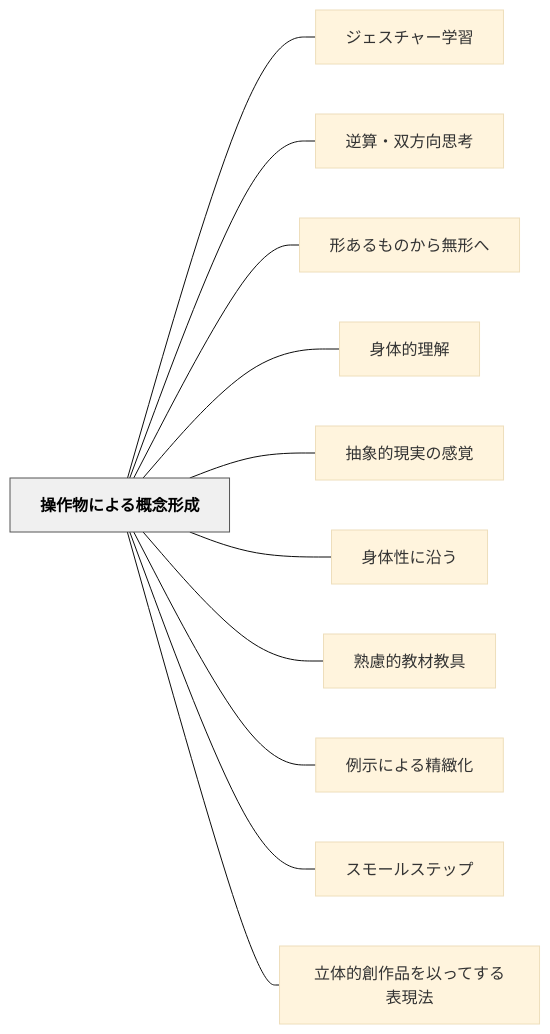
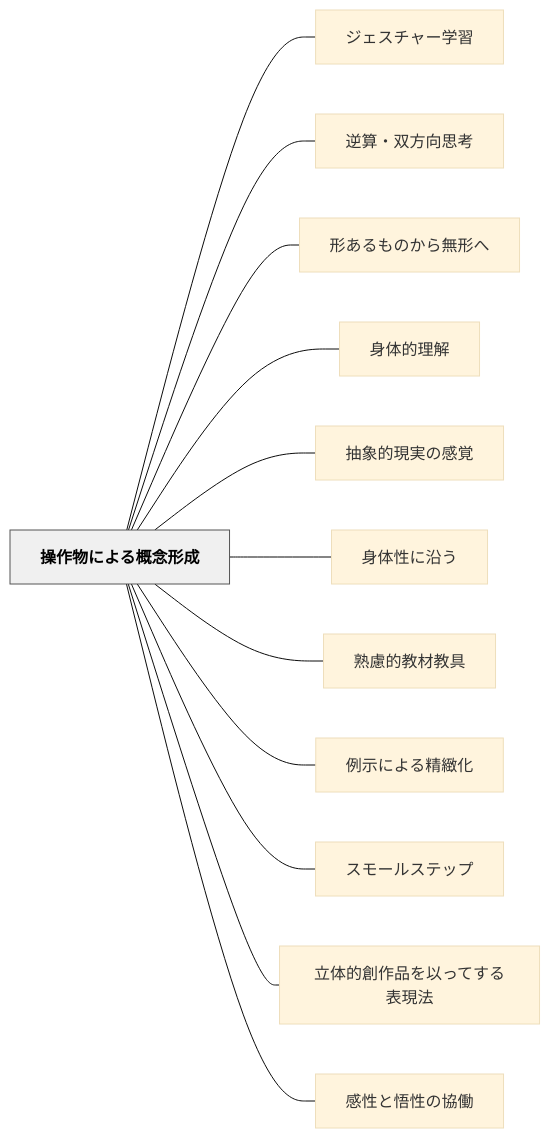
The diagram in content/パタン/操作物による概念形成.md (unknownthings-ed-patterns/unknownthings-ed-patterns), drawn with Mermaid (base theme) before and after one commit. The commit also changed other lines of this file and 5 other files, not shown here.

````diff
--- a/content/パタン/操作物による概念形成.md
+++ b/content/パタン/操作物による概念形成.md
@@ -51,28 +51,30 @@
 ```mermaid
 flowchart LR
     ne6938de4bd9ce789a9e381abe38288e3828be6a682e5bfb5e5bda2e68890["操作物による概念形成"]
     ne382b8e382a7e382b9e38381e383a3e383bce5ada6e7bf92["ジェスチャー学習"]
     ne98086e7ae97e383bbe58f8ce696b9e59091e6809de88083["逆算・双方向思考"]
     ne5bda2e38182e3828be38282e381aee3818be38289e784a1e5bda2e381b8["形あるものから無形へ"]
     ne8baabe4bd93e79a84e79086e8a7a3["身体的理解"]
     ne68abde8b1a1e79a84e78fbee5ae9fe381aee6849fe8a69a["抽象的現実の感覚"]
     ne8baabe4bd93e680a7e381abe6b2bfe38186["身体性に沿う"]
     ne7869fe685aee79a84e69599e69d90e69599e585b7["熟慮的教材教具"]
     ne4be8be7a4bae381abe38288e3828be7b2bee7b7bbe58c96["例示による精緻化"]
     ne382b9e383a2e383bce383abe382b9e38386e38383e38397["スモールステップ"]
     ne7ab8be4bd93e79a84e589b5e4bd9ce59381e38292e4bba5e381a3e381a6e38199e3828be8a1a8e78fbee6b395["立体的創作品を以ってする表現法"]
+    ne6849fe680a7e381a8e6829fe680a7e381aee58d94e5838d["感性と悟性の協働"]
 
     ne6938de4bd9ce789a9e381abe38288e3828be6a682e5bfb5e5bda2e68890 --- ne382b8e382a7e382b9e38381e383a3e383bce5ada6e7bf92
     ne6938de4bd9ce789a9e381abe38288e3828be6a682e5bfb5e5bda2e68890 --- ne98086e7ae97e383bbe58f8ce696b9e59091e6809de88083
     ne6938de4bd9ce789a9e381abe38288e3828be6a682e5bfb5e5bda2e68890 --- ne5bda2e38182e3828be38282e381aee3818be38289e784a1e5bda2e381b8
     ne6938de4bd9ce789a9e381abe38288e3828be6a682e5bfb5e5bda2e68890 --- ne8baabe4bd93e79a84e79086e8a7a3
     ne6938de4bd9ce789a9e381abe38288e3828be6a682e5bfb5e5bda2e68890 --- ne68abde8b1a1e79a84e78fbee5ae9fe381aee6849fe8a69a
     ne6938de4bd9ce789a9e381abe38288e3828be6a682e5bfb5e5bda2e68890 --- ne8baabe4bd93e680a7e381abe6b2bfe38186
     ne6938de4bd9ce789a9e381abe38288e3828be6a682e5bfb5e5bda2e68890 --- ne7869fe685aee79a84e69599e69d90e69599e585b7
     ne6938de4bd9ce789a9e381abe38288e3828be6a682e5bfb5e5bda2e68890 --- ne4be8be7a4bae381abe38288e3828be7b2bee7b7bbe58c96
     ne6938de4bd9ce789a9e381abe38288e3828be6a682e5bfb5e5bda2e68890 --- ne382b9e383a2e383bce383abe382b9e38386e38383e38397
     ne6938de4bd9ce789a9e381abe38288e3828be6a682e5bfb5e5bda2e68890 --- ne7ab8be4bd93e79a84e589b5e4bd9ce59381e38292e4bba5e381a3e381a6e38199e3828be8a1a8e78fbee6b395
+    ne6938de4bd9ce789a9e381abe38288e3828be6a682e5bfb5e5bda2e68890 --- ne6849fe680a7e381a8e6829fe680a7e381aee58d94e5838d
 
     classDef hub fill:#f0f0f0,stroke:#555,color:#000,font-weight:bold
     class ne6938de4bd9ce789a9e381abe38288e3828be6a682e5bfb5e5bda2e68890 hub
 ```
````
